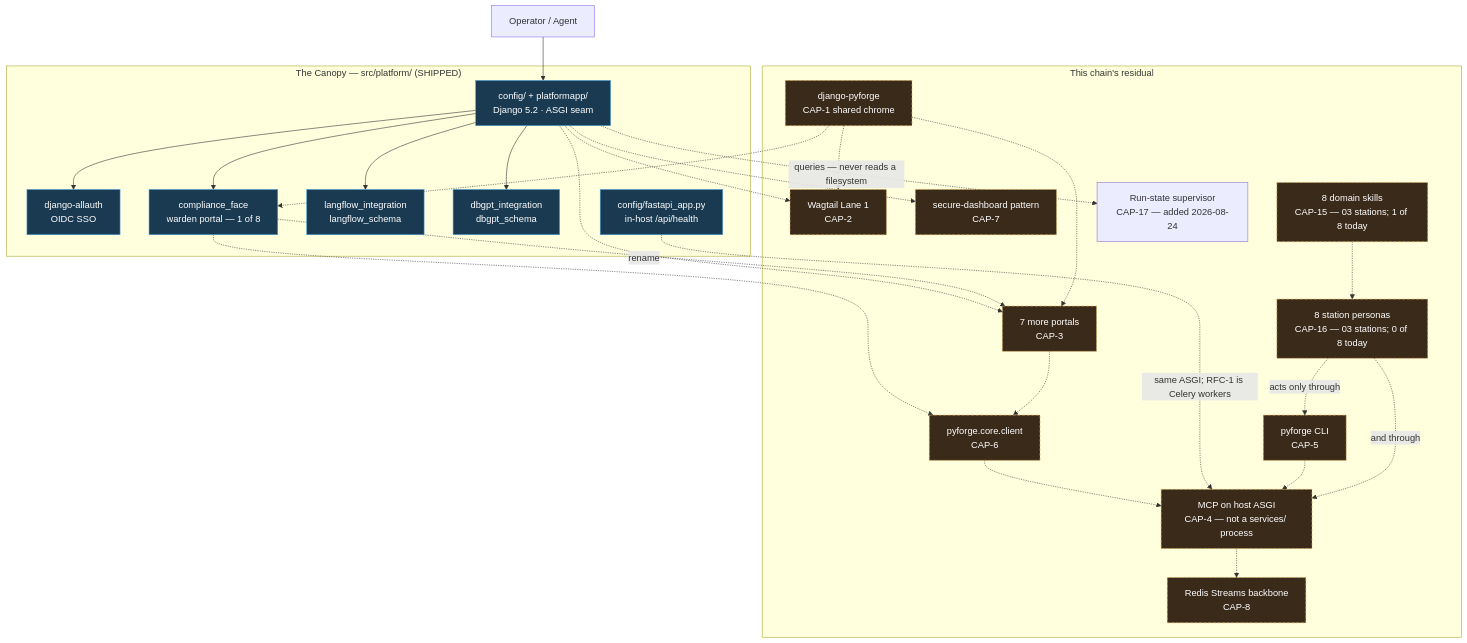
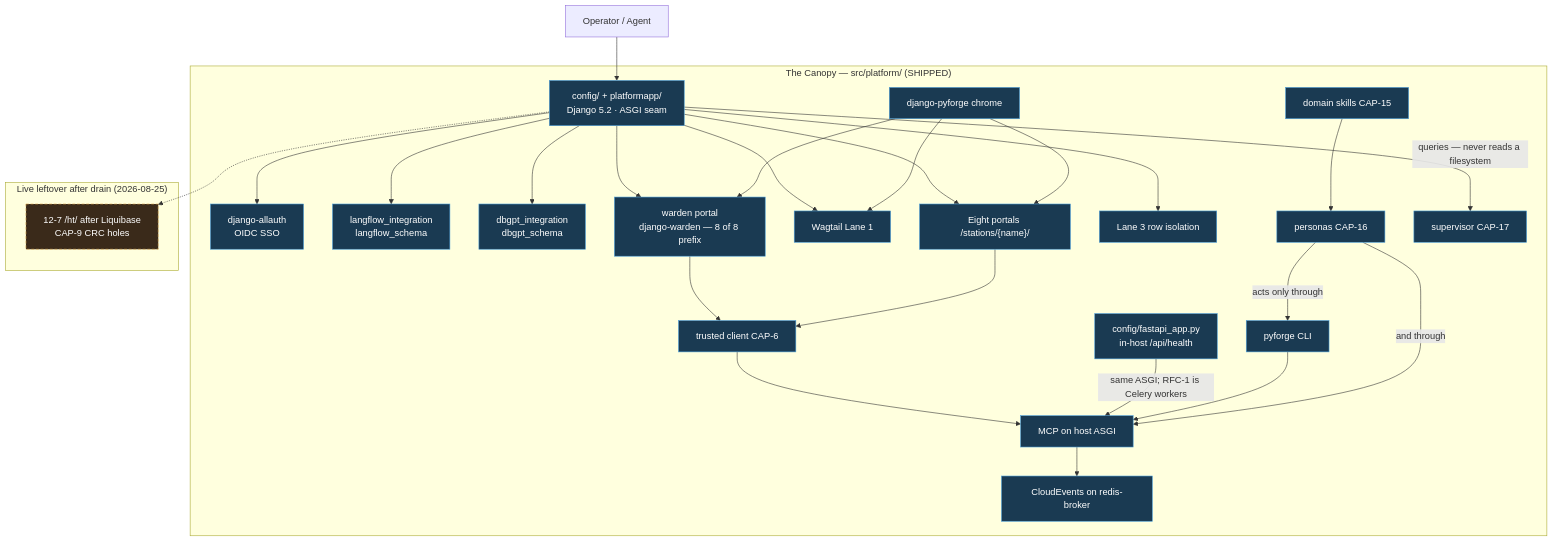
The first of 5 diagrams in _bmad-output/projects/pyforge-steward/planning-artifacts/specs/spec-pyforge-unifying-strategy/architecture-diagrams.md (rxm7706/local-recipes), drawn with Mermaid before and after one commit. The commit also changed other lines of this file and 59 other files, not shown here.

````diff
--- a/_bmad-output/projects/pyforge-steward/planning-artifacts/specs/spec-pyforge-unifying-strategy/architecture-diagrams.md
+++ b/_bmad-output/projects/pyforge-steward/planning-artifacts/specs/spec-pyforge-unifying-strategy/architecture-diagrams.md
@@ -16,55 +16,56 @@
 ```mermaid
 graph TB
     User["Operator / Agent"]
 
     subgraph Canopy["The Canopy — src/platform/ (SHIPPED)"]
         Host["config/ + platformapp/<br/>Django 5.2 · ASGI seam"]
         Auth["django-allauth<br/>OIDC SSO"]
         FastAPIseam["config/fastapi_app.py<br/>in-host /api/health"]
         LF["langflow_integration<br/>langflow_schema"]
         DG["dbgpt_integration<br/>dbgpt_schema"]
-        CF["compliance_face<br/>warden portal — 1 of 8"]
+        CF["warden portal<br/>django-warden — 8 of 8 prefix"]
+        L1["Wagtail Lane 1"]
+        P7["Eight portals /stations/{name}/"]
+        DP["django-pyforge chrome"]
+        SVC["MCP on host ASGI"]
+        CLI["pyforge CLI"]
+        CLIENT["trusted client CAP-6"]
+        SD["Lane 3 row isolation"]
+        EV["CloudEvents on redis-broker"]
+        SK["domain skills CAP-15"]
+        PER["personas CAP-16"]
+        SUP["supervisor CAP-17"]
     end
 
-    subgraph Residual["This chain's residual"]
-        DP["django-pyforge<br/>CAP-1 shared chrome"]
-        L1["Wagtail Lane 1<br/>CAP-2"]
-        P7["7 more portals<br/>CAP-3"]
-        SVC["MCP on host ASGI<br/>CAP-4 — not a services/ process"]
-        CLI["pyforge CLI<br/>CAP-5"]
-        CLIENT["pyforge.core.client<br/>CAP-6"]
-        SD["secure-dashboard pattern<br/>CAP-7"]
-        EV["Redis Streams backbone<br/>CAP-8"]
-        SK["8 domain skills<br/>CAP-15 — 03 stations; 1 of 8 today"]
-        PER["8 station personas<br/>CAP-16 — 03 stations; 0 of 8 today"]
-        SUP["Run-state supervisor<br/>CAP-17 — added 2026-08-24"]
+    subgraph Residual["Live leftover after drain (2026-08-25)"]
+        LIVE["12-7 /ht/ after Liquibase<br/>CAP-9 CRC holes"]
     end
 
     User --> Host
     Host --> Auth
     Host --> LF
     Host --> DG
     Host --> CF
-    Host -.-> L1
-    Host -.-> P7
-    CF -.->|rename| P7
-    DP -.-> CF
-    DP -.-> P7
-    DP -.-> L1
-    CF -.-> CLIENT
-    P7 -.-> CLIENT
-    CLIENT -.-> SVC
-    FastAPIseam -.->|same ASGI; RFC-1 is Celery workers| SVC
-    SVC -.-> EV
-    Host -.-> SD
-    CLI -.-> SVC
-    PER -.->|"acts only through"| CLI
-    PER -.->|"and through"| SVC
-    SK -.-> PER
-    Host -.->|"queries — never reads a filesystem"| SUP
+    Host --> L1
+    Host --> P7
+    DP --> CF
+    DP --> P7
+    DP --> L1
+    CF --> CLIENT
+    P7 --> CLIENT
+    CLIENT --> SVC
+    FastAPIseam -->|same ASGI; RFC-1 is Celery workers| SVC
+    SVC --> EV
+    Host --> SD
+    CLI --> SVC
+    PER -->|"acts only through"| CLI
+    PER -->|"and through"| SVC
+    SK --> PER
+    Host -->|"queries — never reads a filesystem"| SUP
+    Host -.-> LIVE
 
     classDef shipped fill:#1a3a52,stroke:#4a9eda,color:#fff
     classDef residual fill:#3a2a1a,stroke:#daa54a,color:#fff,stroke-dasharray: 5 3
-    class Host,Auth,FastAPIseam,LF,DG,CF shipped
-    class DP,L1,P7,SVC,CLI,CLIENT,SD,EV,SK,PER residual
+    class Host,Auth,FastAPIseam,LF,DG,CF,DP,L1,P7,SVC,CLI,CLIENT,SD,EV,SK,PER,SUP shipped
+    class LIVE residual
 ```
````
